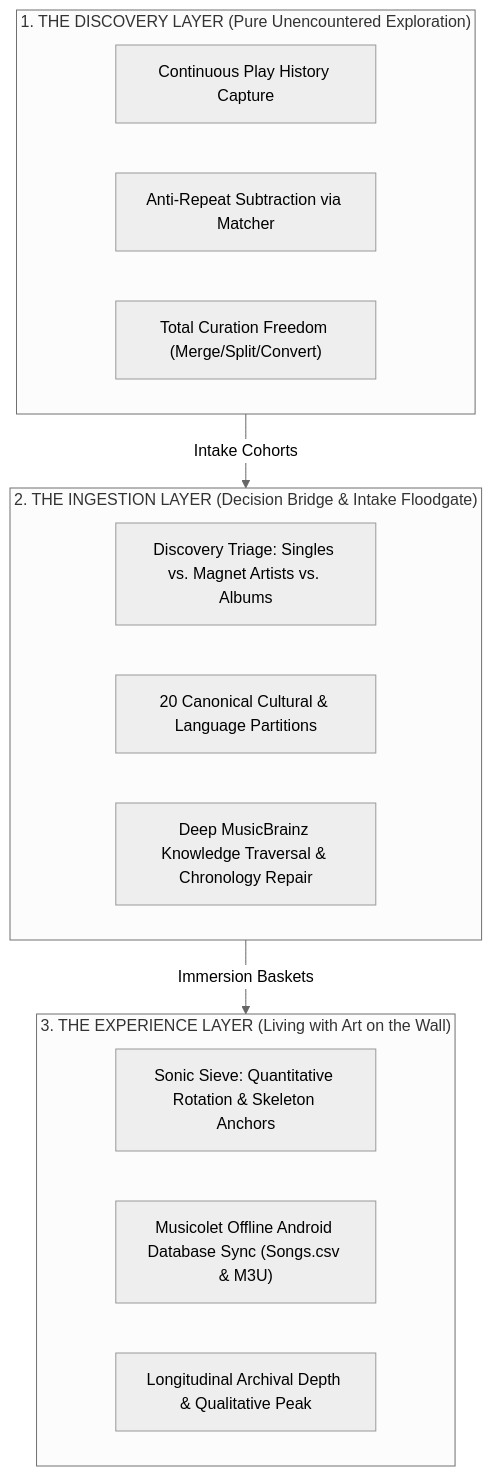
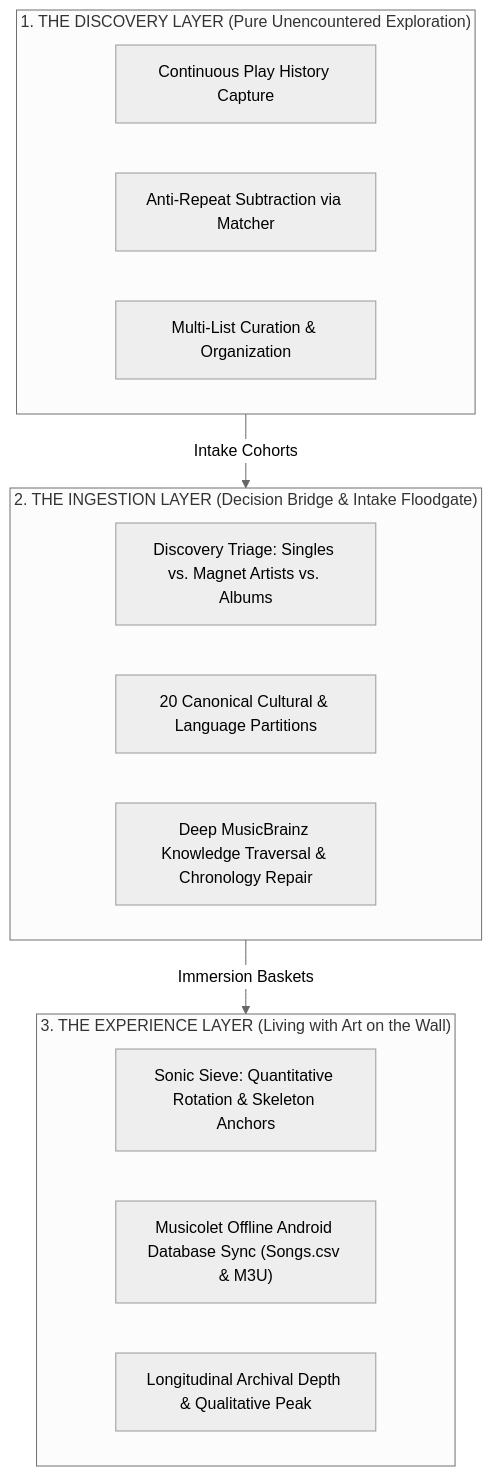
One commit to joejamal029/Playlist-Haven changed the second of 3 diagrams in docs/PLAYLIST_HAVEN_SYSTEM_BRIEF.md. Above: the diagram before and after it, drawn with Mermaid (neutral theme). The commit also changed 2 other files, not shown here.

Commit message:
docs: simplify discovery jobs with plain language and true shuffle flow

````diff
--- a/docs/PLAYLIST_HAVEN_SYSTEM_BRIEF.md
+++ b/docs/PLAYLIST_HAVEN_SYSTEM_BRIEF.md
@@ -43,23 +43,23 @@
 ```mermaid
 graph TD
     subgraph L1["1. THE DISCOVERY LAYER (Pure Unencountered Exploration)"]
         D1["Continuous Play History Capture"]
         D2["Anti-Repeat Subtraction via Matcher"]
-        D3["Total Curation Freedom (Merge/Split/Convert)"]
+        D3["Multi-List Curation & Organization"]
     end
 
     subgraph L2["2. THE INGESTION LAYER (Decision Bridge & Intake Floodgate)"]
         I1["Discovery Triage: Singles vs. Magnet Artists vs. Albums"]
         I2["20 Canonical Cultural & Language Partitions"]
         I3["Deep MusicBrainz Knowledge Traversal & Chronology Repair"]
     end
 
     subgraph L3["3. THE EXPERIENCE LAYER (Living with Art on the Wall)"]
         E1["Sonic Sieve: Quantitative Rotation & Skeleton Anchors"]
         E2["Musicolet Offline Android Database Sync (Songs.csv & M3U)"]
         E3["Longitudinal Archival Depth & Qualitative Peak"]
     end
 
     L1 -->|"Intake Cohorts"| L2
     L2 -->|"Immersion Baskets"| L3
 ```
````
